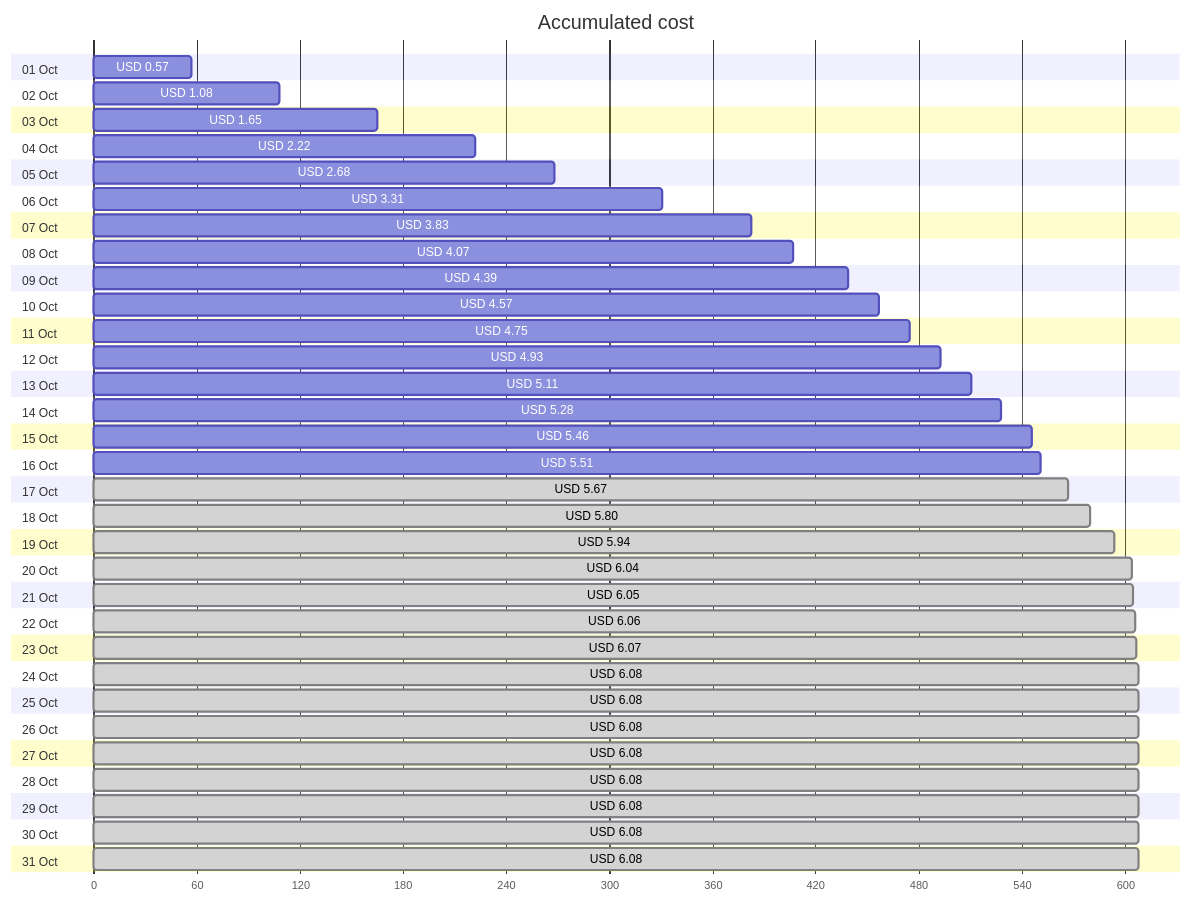
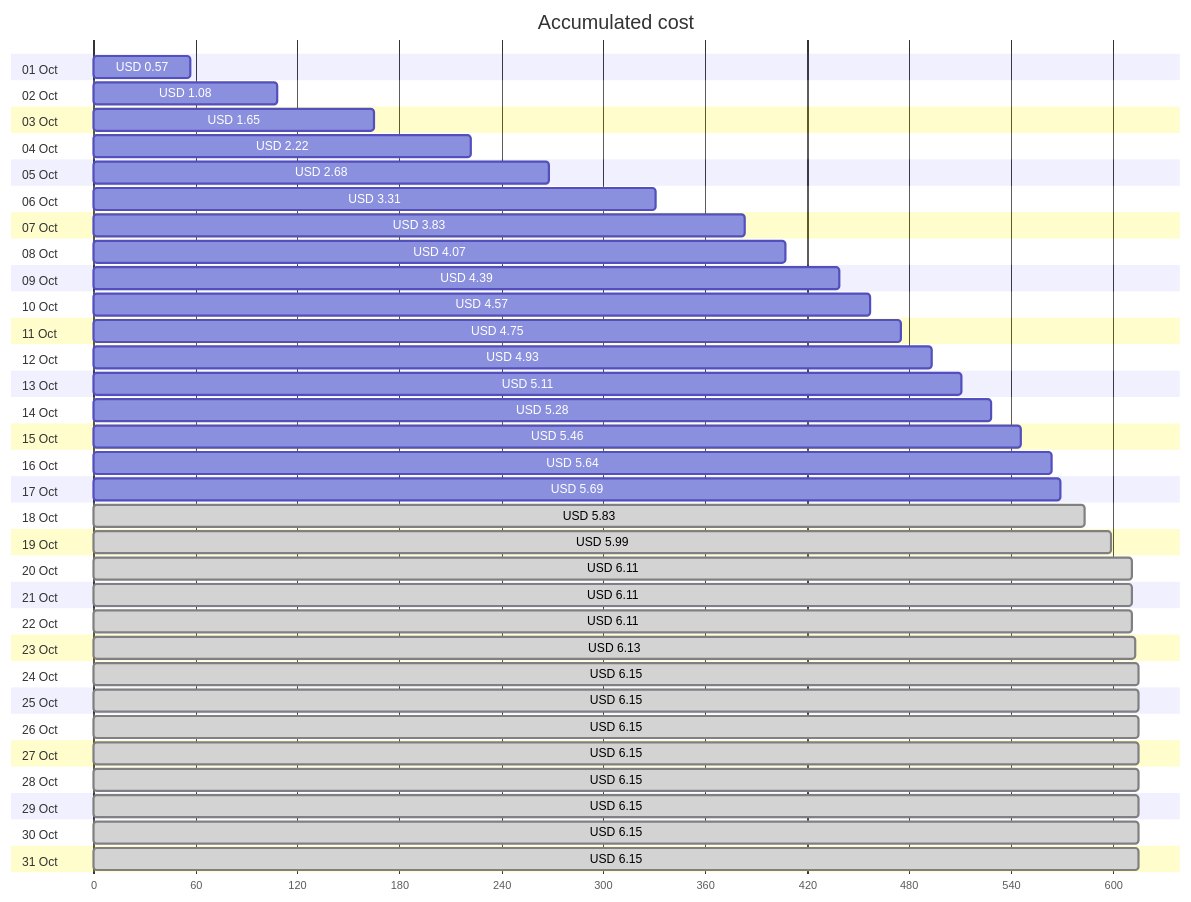
The first of 4 diagrams in cost-reports/personal-network/vpn-server.md (jpfulton/azure-personal-reports), drawn with Mermaid before and after one commit. The commit also changed other lines of this file and 8 other files, not shown here.

````diff
--- a/cost-reports/personal-network/vpn-server.md
+++ b/cost-reports/personal-network/vpn-server.md
@@ -20,68 +20,68 @@
 ```mermaid
 gantt
    title Accumulated cost
    dateFormat  X
    axisFormat %s
    section 01 Oct
    USD 0.57 :0, 57
    section 02 Oct
    USD 1.08 :0, 108
    section 03 Oct
    USD 1.65 :0, 165
    section 04 Oct
    USD 2.22 :0, 222
    section 05 Oct
    USD 2.68 :0, 268
    section 06 Oct
    USD 3.31 :0, 331
    section 07 Oct
    USD 3.83 :0, 383
    section 08 Oct
    USD 4.07 :0, 407
    section 09 Oct
    USD 4.39 :0, 439
    section 10 Oct
    USD 4.57 :0, 457
    section 11 Oct
    USD 4.75 :0, 475
    section 12 Oct
    USD 4.93 :0, 493
    section 13 Oct
    USD 5.11 :0, 511
    section 14 Oct
    USD 5.28 :0, 528
    section 15 Oct
    USD 5.46 :0, 546
    section 16 Oct
-   USD 5.51 :0, 551
+   USD 5.64 :0, 564
    section 17 Oct
-   USD 5.67 : done, 0, 567
+   USD 5.69 :0, 569
    section 18 Oct
-   USD 5.80 : done, 0, 580
+   USD 5.83 : done, 0, 583
    section 19 Oct
-   USD 5.94 : done, 0, 594
+   USD 5.99 : done, 0, 599
    section 20 Oct
-   USD 6.04 : done, 0, 604
+   USD 6.11 : done, 0, 611
    section 21 Oct
-   USD 6.05 : done, 0, 605
+   USD 6.11 : done, 0, 611
    section 22 Oct
-   USD 6.06 : done, 0, 606
+   USD 6.11 : done, 0, 611
    section 23 Oct
-   USD 6.07 : done, 0, 607
+   USD 6.13 : done, 0, 613
    section 24 Oct
-   USD 6.08 : done, 0, 608
+   USD 6.15 : done, 0, 615
    section 25 Oct
-   USD 6.08 : done, 0, 608
+   USD 6.15 : done, 0, 615
    section 26 Oct
-   USD 6.08 : done, 0, 608
+   USD 6.15 : done, 0, 615
    section 27 Oct
-   USD 6.08 : done, 0, 608
+   USD 6.15 : done, 0, 615
    section 28 Oct
-   USD 6.08 : done, 0, 608
+   USD 6.15 : done, 0, 615
    section 29 Oct
-   USD 6.08 : done, 0, 608
+   USD 6.15 : done, 0, 615
    section 30 Oct
-   USD 6.08 : done, 0, 608
+   USD 6.15 : done, 0, 615
    section 31 Oct
-   USD 6.08 : done, 0, 608
+   USD 6.15 : done, 0, 615
 ```
````
